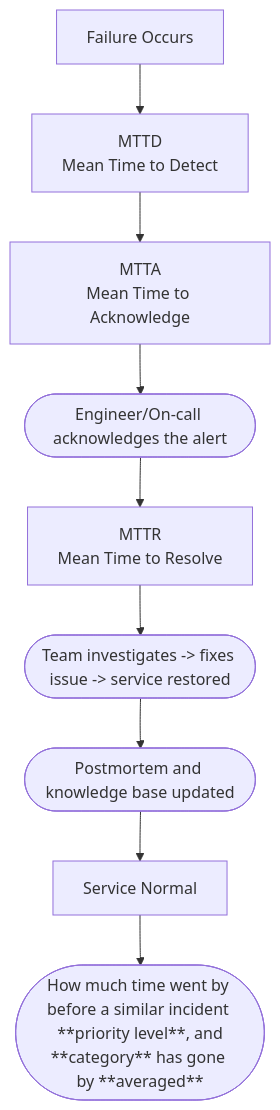
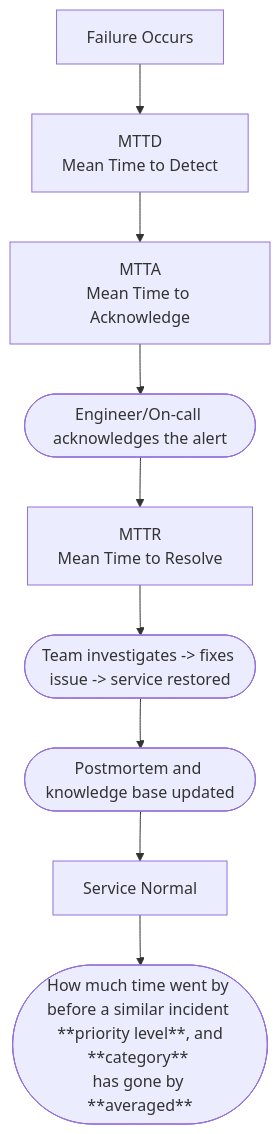
The diagram in Linux/3.4.4-Incident_Lifecycle_Timeline.md (DHunnicuttSG/SRE), drawn with Mermaid before and after one commit.

````diff
--- a/Linux/3.4.4-Incident_Lifecycle_Timeline.md
+++ b/Linux/3.4.4-Incident_Lifecycle_Timeline.md
@@ -5,12 +5,12 @@
 ```mermaid
 flowchart TD
     A[Failure Occurs] --> B[MTTD<br/>Mean Time to Detect]
     B --> C[MTTA<br/>Mean Time to Acknowledge]
     C --> D([Engineer/On-call acknowledges the alert])
     D --> E[MTTR<br/>Mean Time to Resolve]
     E --> F([Team investigates -> fixes issue -> service restored])
     F --> G([Postmortem and knowledge base updated])
     G --> H[Service Normal]
-    H --> I([How much time went by before a similar incident <br/> **priority level**, and **category** has gone by **averaged**])
+    H --> I([How much time went by <br/>before a similar incident <br/> **priority level**, and **category** <br/>has gone by **averaged**])
 
 ```
````
